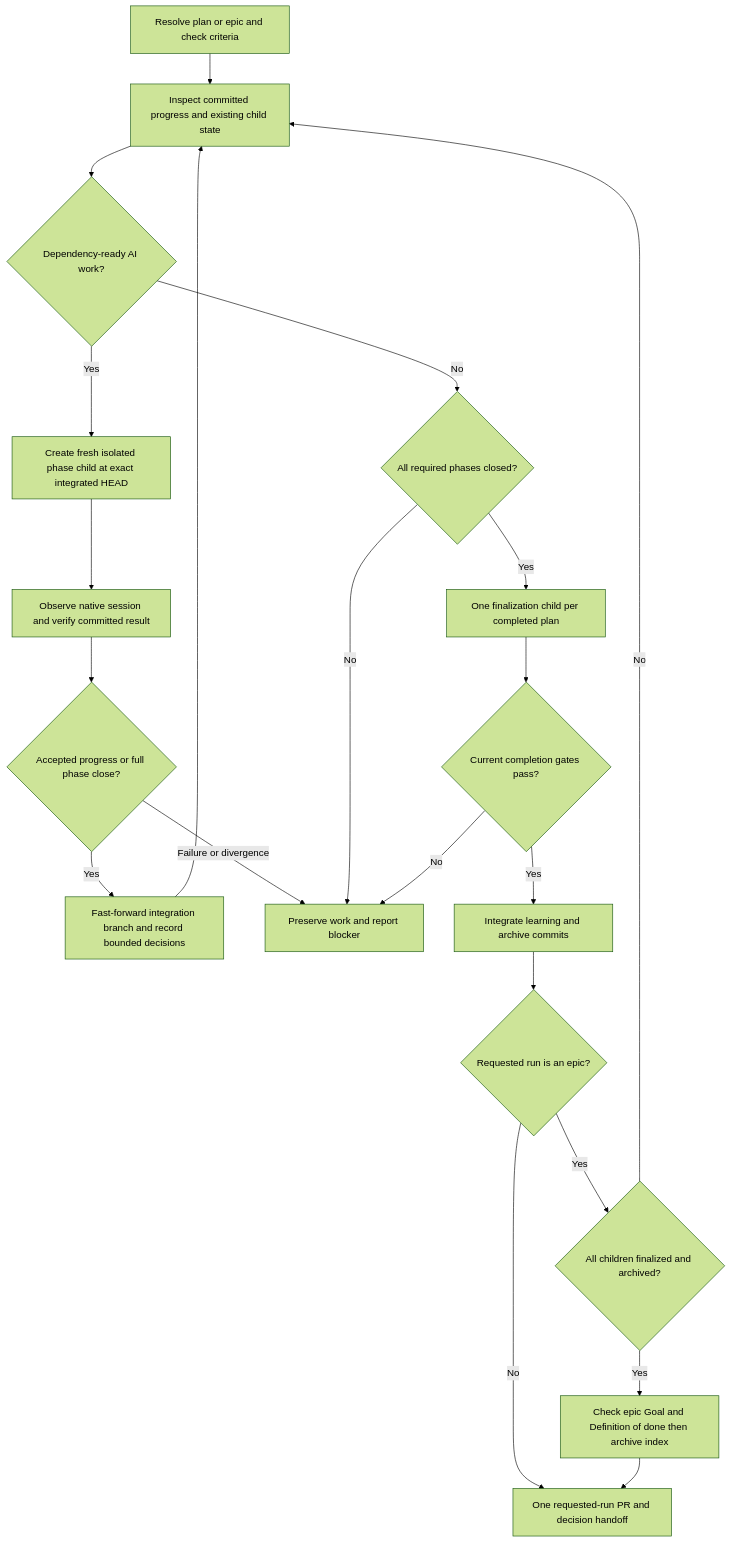
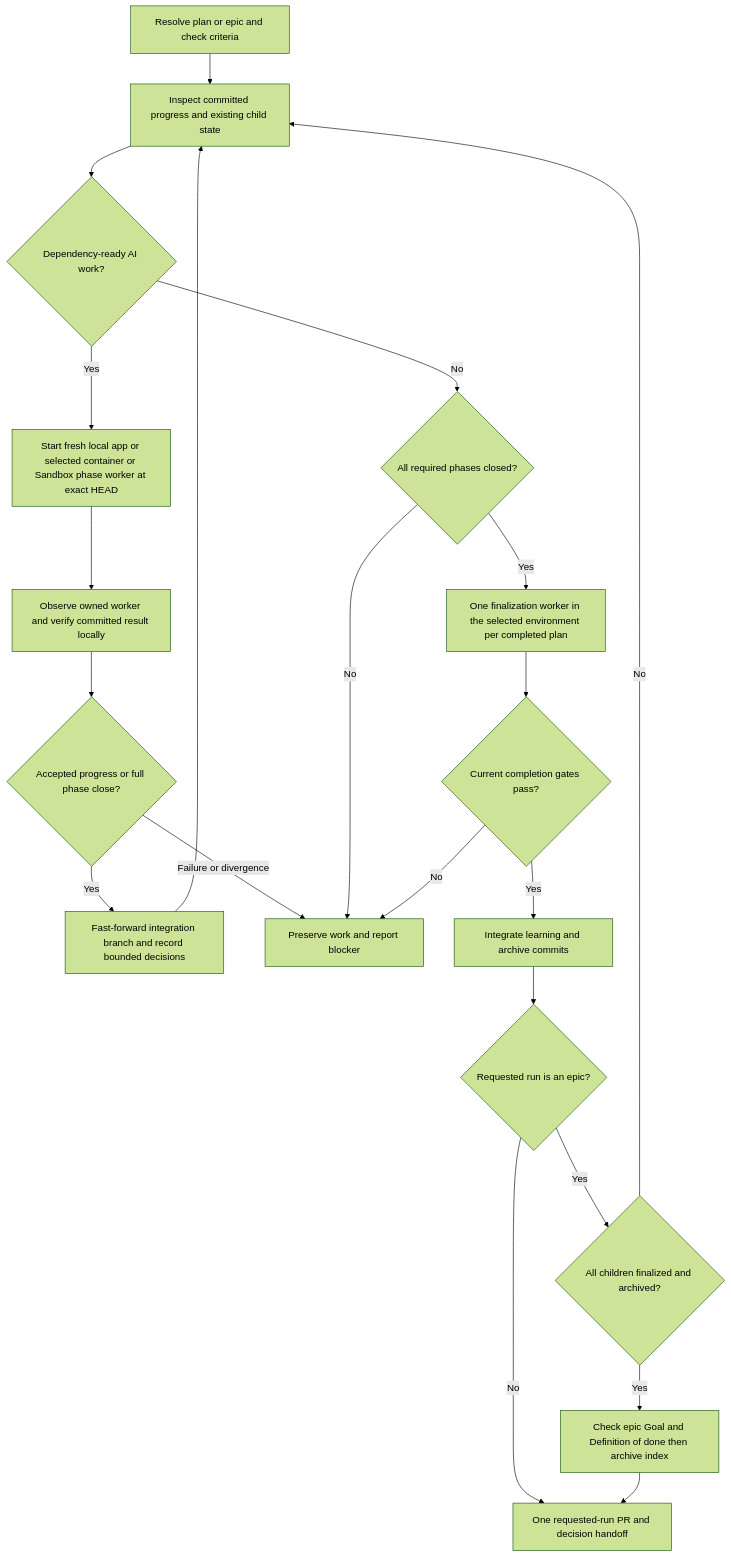
Before and after one commit to jIRI-san/skalary: the diagram in docs/implementation-plans/standalone-2026-10-09-2dd53a-app-native-ci-sol-routing/assets/design.md, drawn with Mermaid (forest theme). The commit also changed other lines of this file and 7 other files, not shown here.

Commit message:
Reconfirm CI plan with retained isolated runtimes and VS Code support

````diff
--- a/docs/implementation-plans/standalone-2026-10-09-2dd53a-app-native-ci-sol-routing/assets/design.md
+++ b/docs/implementation-plans/standalone-2026-10-09-2dd53a-app-native-ci-sol-routing/assets/design.md
@@ -25,23 +27,23 @@
 ```mermaid
 flowchart TD
     A[Resolve plan or epic and check criteria] --> B[Inspect committed progress and existing child state]
     B --> C{Dependency-ready AI work?}
-    C -->|Yes| D[Create fresh isolated phase child at exact integrated HEAD]
-    D --> E[Observe native session and verify committed result]
+    C -->|Yes| D[Start fresh local app or selected container or Sandbox phase worker at exact HEAD]
+    D --> E[Observe owned worker and verify committed result locally]
     E --> F{Accepted progress or full phase close?}
     F -->|Yes| G[Fast-forward integration branch and record bounded decisions]
     G --> B
     F -->|Failure or divergence| H[Preserve work and report blocker]
     C -->|No| I{All required phases closed?}
     I -->|No| H
-    I -->|Yes| J[One finalization child per completed plan]
+    I -->|Yes| J[One finalization worker in the selected environment per completed plan]
     J --> K{Current completion gates pass?}
     K -->|No| H
     K -->|Yes| L[Integrate learning and archive commits]
     L --> N{Requested run is an epic?}
     N -->|No| M
     N -->|Yes| P{All children finalized and archived?}
     P -->|No| B
     P -->|Yes| O[Check epic Goal and Definition of done then archive index]
     O --> M[One requested-run PR and decision handoff]
 ```
````
